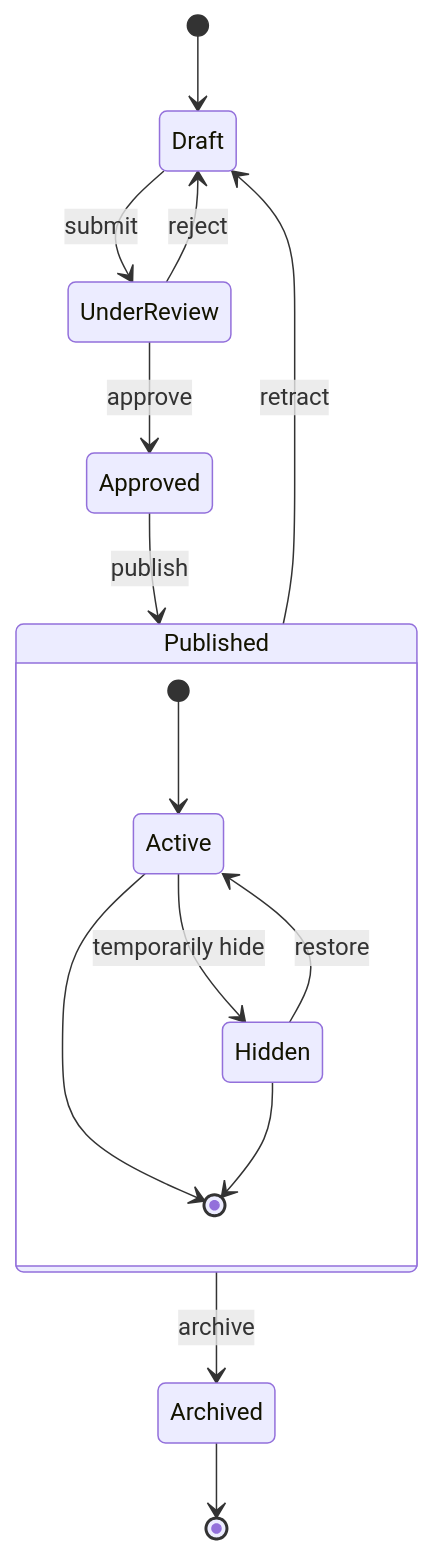
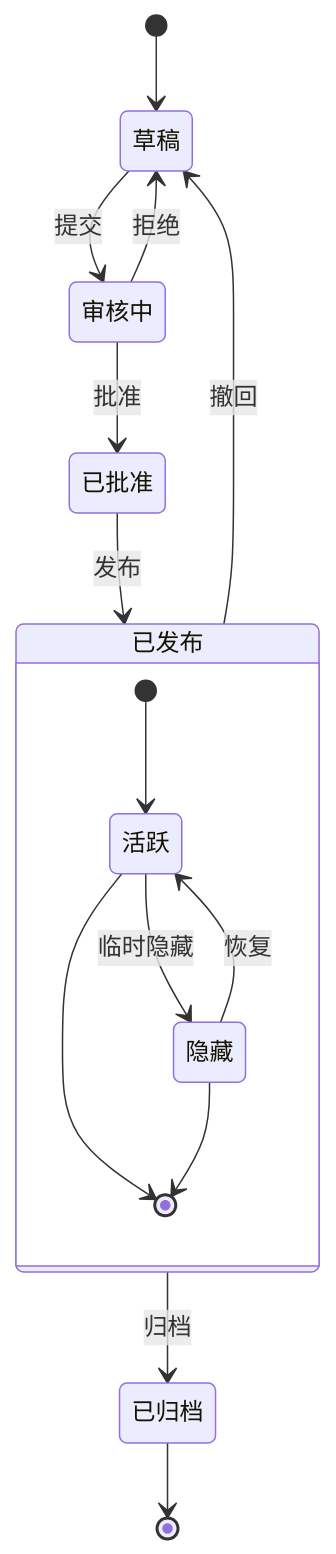
Before and after one commit to tb-miao/blog: the fifth of 6 diagrams in src/content/posts/markdown-mermaid.md, drawn with Mermaid. The commit also changed other lines of this file and 909 other files, not shown here.

````diff
--- a/src/content/posts/markdown-mermaid.md
+++ b/src/content/posts/markdown-mermaid.md
@@ -151,21 +151,21 @@
 ```mermaid
 stateDiagram-v2
-    [*] --> Draft
+    [*] --> 草稿
     
-    Draft --> UnderReview : submit
-    UnderReview --> Draft : reject
-    UnderReview --> Approved : approve
-    Approved --> Published : publish
-    Published --> Archived : archive
-    Published --> Draft : retract
+    草稿 --> 审核中 : 提交
+    审核中 --> 草稿 : 拒绝
+    审核中 --> 已批准 : 批准
+    已批准 --> 已发布 : 发布
+    已发布 --> 已归档 : 归档
+    已发布 --> 草稿 : 撤回
     
-    state Published {
-        [*] --> Active
-        Active --> Hidden : temporarily hide
-        Hidden --> Active : restore
-        Active --> [*]
-        Hidden --> [*]
+    state 已发布 {
+        [*] --> 活跃
+        活跃 --> 隐藏 : 临时隐藏
+        隐藏 --> 活跃 : 恢复
+        活跃 --> [*]
+        隐藏 --> [*]
     }
     
-    Archived --> [*]
+    已归档 --> [*]
 ```
````
